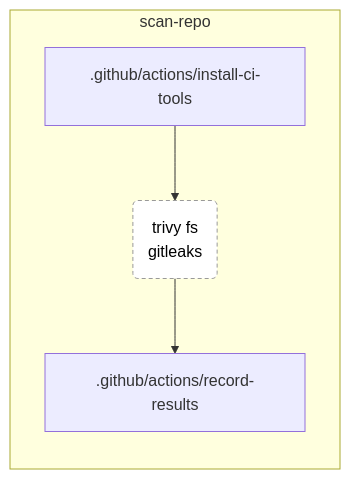
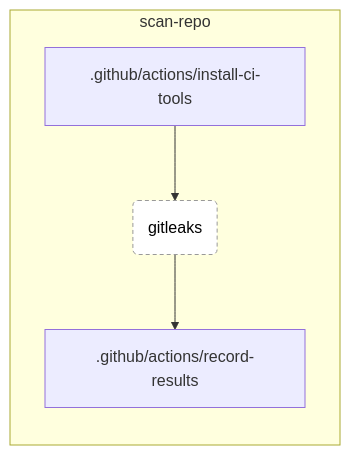
One commit to YoyoBesser/echo-pong changed the seventh of 7 diagrams in docs/GITHUB.md. Above: the diagram before and after it, drawn with Mermaid. The commit also changed other lines of this file and 20 other files, not shown here.

````diff
--- a/docs/GITHUB.md
+++ b/docs/GITHUB.md
@@ -285,11 +254,11 @@
 ```mermaid
 flowchart LR
   classDef do fill:#fff,stroke:#999,stroke-dasharray:4 3,color:#000
   subgraph j_scan_repo["scan-repo"]
     direction TB
     j_scan_repo_0[.github/actions/install-ci-tools]
-    j_scan_repo_1("trivy fs<br>gitleaks"):::do
+    j_scan_repo_1("gitleaks"):::do
     j_scan_repo_2[.github/actions/record-results]
     j_scan_repo_0 --> j_scan_repo_1 --> j_scan_repo_2
   end
 ```
````
